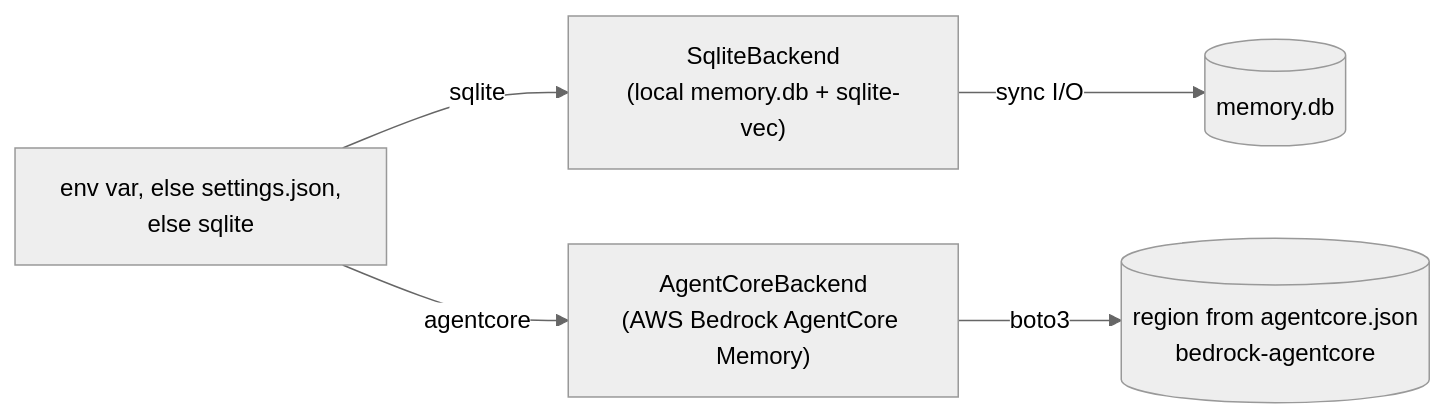
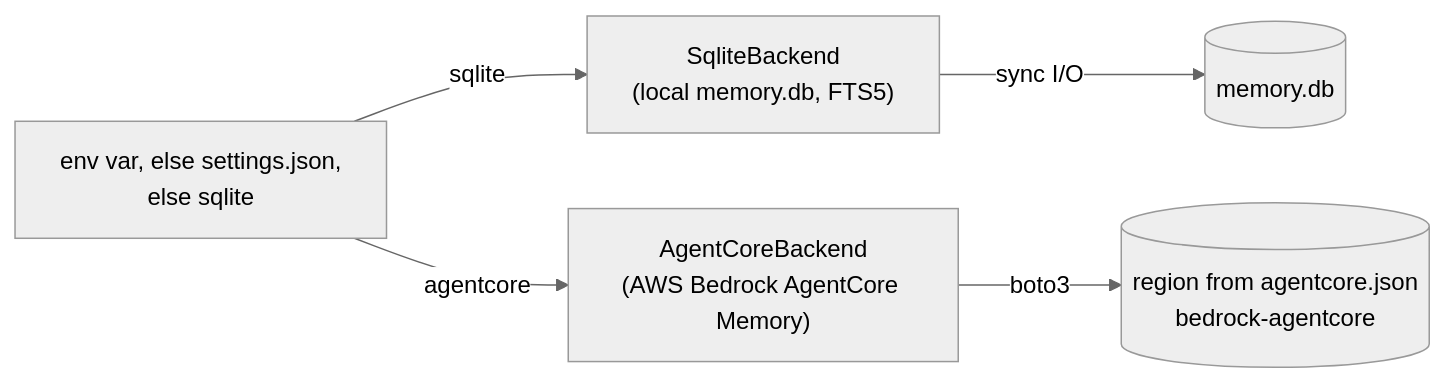
The diagram in website/architecture.md (emp3thy/better-memory), drawn with Mermaid (neutral theme) before and after one commit. The commit also changed other lines of this file and 84 other files, not shown here.

````diff
--- a/website/architecture.md
+++ b/website/architecture.md
@@ -24,8 +24,8 @@
 ```mermaid
 flowchart LR
   RESOLVE["env var, else settings.json,<br/>else sqlite"]
-  RESOLVE -->|sqlite| SQLITE["SqliteBackend<br/>(local memory.db + sqlite-vec)"]
+  RESOLVE -->|sqlite| SQLITE["SqliteBackend<br/>(local memory.db, FTS5)"]
   RESOLVE -->|agentcore| AGENTCORE["AgentCoreBackend<br/>(AWS Bedrock AgentCore Memory)"]
   SQLITE -->|sync I/O| DB[("memory.db")]
   AGENTCORE -->|boto3| AWS[("region from agentcore.json<br/>bedrock-agentcore")]
 ```
````
